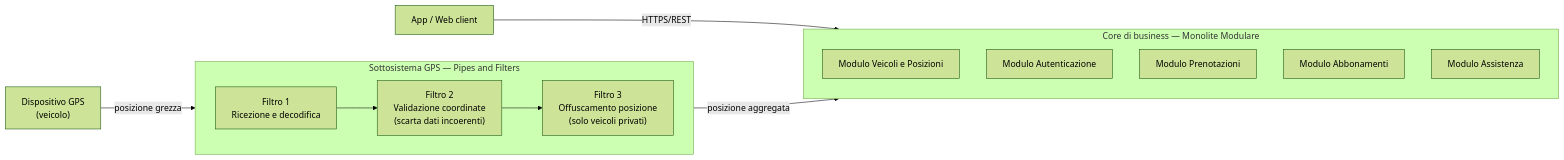
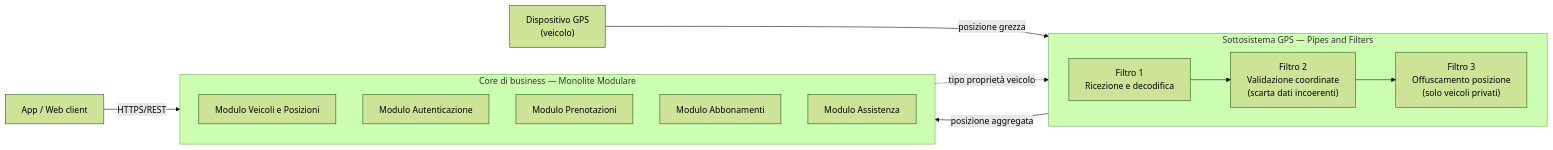
Before and after one commit to Riccardo2104/ProjectWork_App_Carsharing: the diagram in docs/design/scheda_comparativa_architettura.md, drawn with Mermaid (forest theme). The commit also changed other lines of this file and 4 other files, not shown here.

Commit message:
component diagram 3 livelli

````diff
--- a/docs/design/scheda_comparativa_architettura.md
+++ b/docs/design/scheda_comparativa_architettura.md
@@ -52,23 +52,24 @@
 ```mermaid
 flowchart LR
     GPS["Dispositivo GPS<br/>(veicolo)"] -->|posizione grezza| F1
 
     subgraph PIPE["Sottosistema GPS — Pipes and Filters"]
         direction LR
         F1["Filtro 1<br/>Ricezione e decodifica"] --> F2["Filtro 2<br/>Validazione coordinate<br/>(scarta dati incoerenti)"]
         F2 --> F3["Filtro 3<br/>Offuscamento posizione<br/>(solo veicoli privati)"]
     end
 
     F3 -->|posizione aggregata| POS
+    POS -.->|tipo proprietà veicolo| F3
 
     subgraph CORE["Core di business — Monolite Modulare"]
         direction TB
         AUTH["Modulo Autenticazione"]
         POS["Modulo Veicoli e Posizioni"]
         BOOK["Modulo Prenotazioni"]
         SUB["Modulo Abbonamenti"]
         SUP["Modulo Assistenza"]
     end
 
     APP["App / Web client"] -->|HTTPS/REST| CORE
 ```
````
